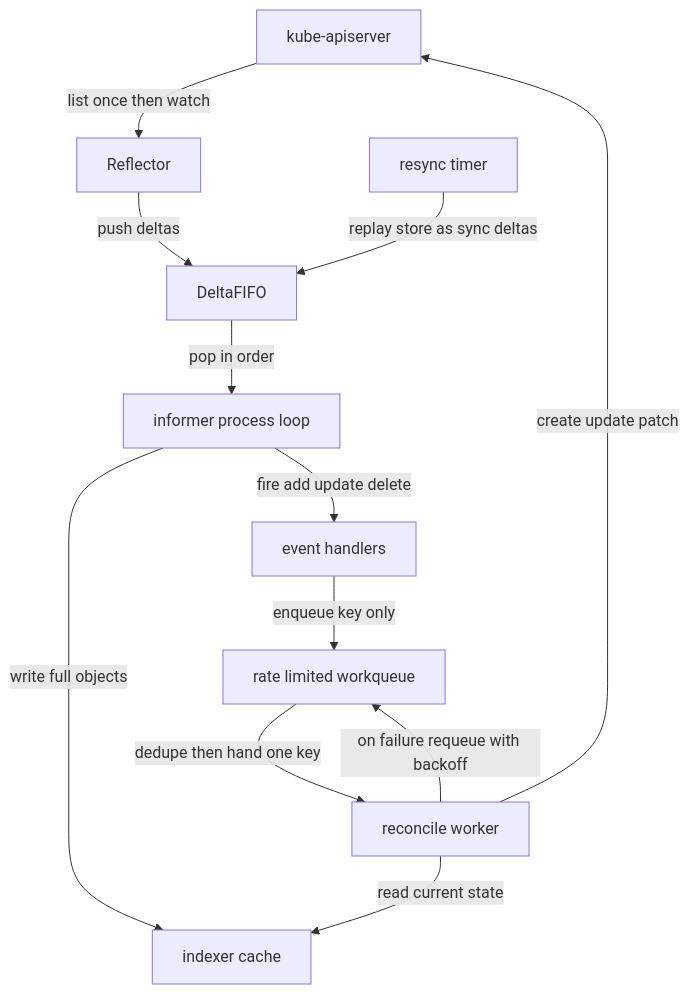
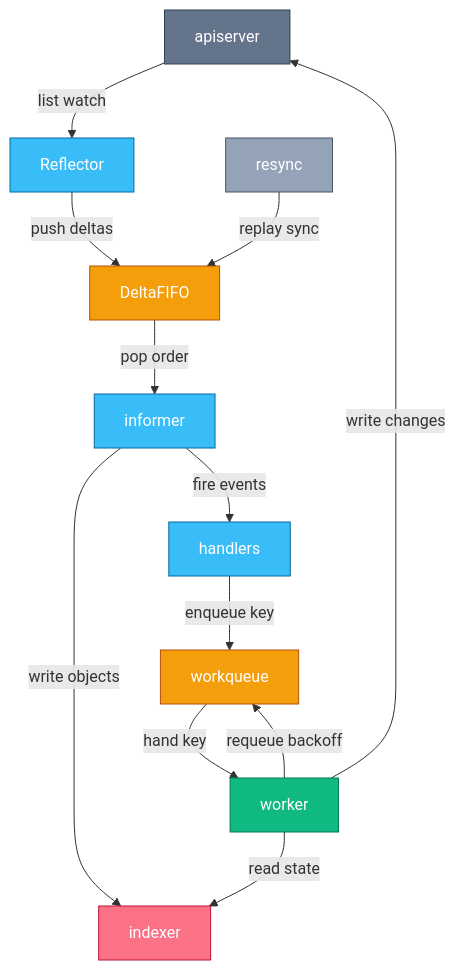
Before and after one commit to sanketsudake/k8s-worksheet: the first of 4 diagrams in chapters/ch05.md, drawn with Mermaid. The commit also changed other lines of this file, not shown here.

First line of the commit message:
ch05: bring diagrams within the print-size gate

````diff
--- a/chapters/ch05.md
+++ b/chapters/ch05.md
@@ -31,14 +31,27 @@
 ```mermaid
 flowchart TD
-  API[kube-apiserver] -->|list once then watch| Reflector
+  API[apiserver] -->|list watch| Reflector
   Reflector -->|push deltas| DeltaFIFO
-  DeltaFIFO -->|pop in order| Loop[informer process loop]
-  Loop -->|write full objects| Indexer[indexer cache]
-  Loop -->|fire add update delete| Handlers[event handlers]
-  Handlers -->|enqueue key only| Queue[rate limited workqueue]
-  Queue -->|dedupe then hand one key| Worker[reconcile worker]
-  Worker -->|read current state| Indexer
-  Worker -->|create update patch| API
-  Worker -->|on failure requeue with backoff| Queue
-  Resync[resync timer] -->|replay store as sync deltas| DeltaFIFO
+  DeltaFIFO -->|pop order| Loop[informer]
+  Loop -->|write objects| Indexer[indexer]
+  Loop -->|fire events| Handlers[handlers]
+  Handlers -->|enqueue key| Queue[workqueue]
+  Queue -->|hand key| Worker[worker]
+  Worker -->|read state| Indexer
+  Worker -->|write changes| API
+  Worker -->|requeue backoff| Queue
+  Resync[resync] -->|replay sync| DeltaFIFO
+
+  classDef external fill:#64748b,stroke:#334155,color:#fff
+  classDef process fill:#38bdf8,stroke:#0369a1,color:#fff
+  classDef lease fill:#f59e0b,stroke:#b45309,color:#fff
+  classDef resource fill:#fb7185,stroke:#be123c,color:#fff
+  classDef leader fill:#10b981,stroke:#047857,color:#fff
+  classDef standby fill:#94a3b8,stroke:#475569,color:#fff
+  class API external
+  class Reflector,Loop,Handlers process
+  class DeltaFIFO,Queue lease
+  class Indexer resource
+  class Worker leader
+  class Resync standby
 ```
````
